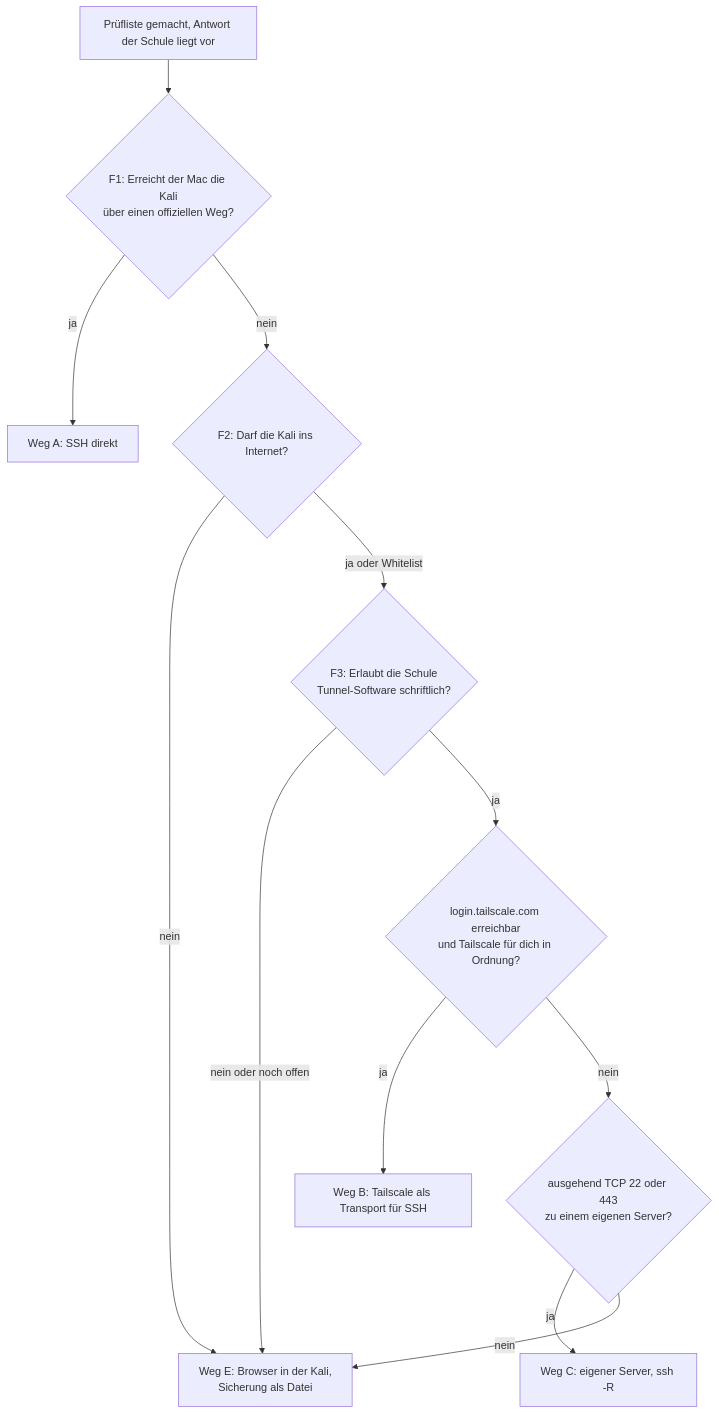
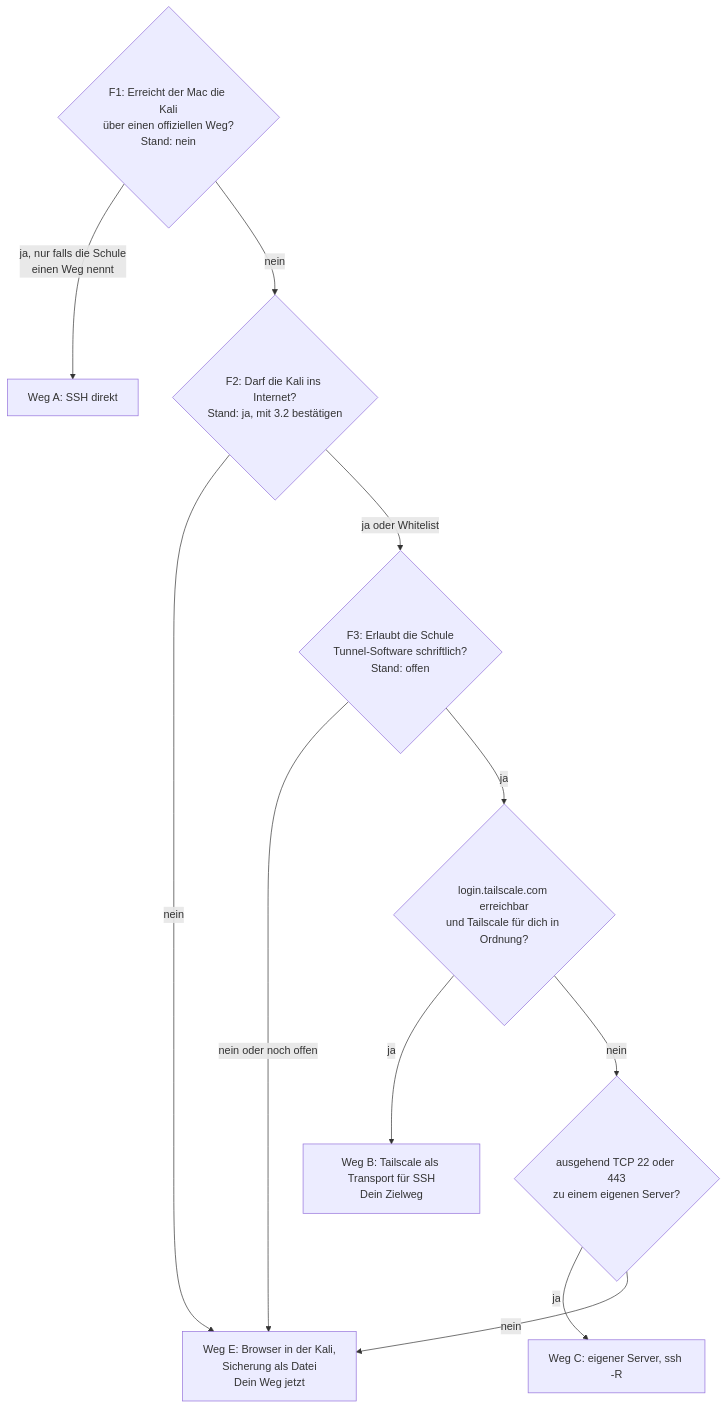
One commit to schwendolin/ariadne changed the second of 2 diagrams in docs/konzept-fernzugriff.md. Above: the diagram before and after it, drawn with Mermaid. The commit also changed other lines of this file and 7 other files, not shown here.

First line of the commit message:
WIP: Konzepte mit Seite «Auf einen Blick» (in Arbeit)

````diff
--- a/docs/konzept-fernzugriff.md
+++ b/docs/konzept-fernzugriff.md
@@ -202,14 +237,13 @@
 ```mermaid
 flowchart TD
-  ST["Prüfliste gemacht, Antwort der Schule liegt vor"] --> Q1{"F1: Erreicht der Mac die Kali<br/>über einen offiziellen Weg?"}
-  Q1 -->|ja| WA["Weg A: SSH direkt"]
-  Q1 -->|nein| Q2{"F2: Darf die Kali ins Internet?"}
-  Q2 -->|nein| WE["Weg E: Browser in der Kali,<br/>Sicherung als Datei"]
-  Q2 -->|"ja oder Whitelist"| Q3{"F3: Erlaubt die Schule<br/>Tunnel-Software schriftlich?"}
+  Q1{"F1: Erreicht der Mac die Kali<br/>über einen offiziellen Weg?<br/>Stand: nein"} -->|"ja, nur falls die Schule<br/>einen Weg nennt"| WA["Weg A: SSH direkt"]
+  Q1 -->|nein| Q2{"F2: Darf die Kali ins Internet?<br/>Stand: ja, mit 3.2 bestätigen"}
+  Q2 -->|nein| WE["Weg E: Browser in der Kali,<br/>Sicherung als Datei<br/>Dein Weg jetzt"]
+  Q2 -->|"ja oder Whitelist"| Q3{"F3: Erlaubt die Schule<br/>Tunnel-Software schriftlich?<br/>Stand: offen"}
   Q3 -->|"nein oder noch offen"| WE
   Q3 -->|ja| Q4{"login.tailscale.com erreichbar<br/>und Tailscale für dich in Ordnung?"}
-  Q4 -->|ja| WB["Weg B: Tailscale als Transport für SSH"]
+  Q4 -->|ja| WB["Weg B: Tailscale als Transport für SSH<br/>Dein Zielweg"]
   Q4 -->|nein| Q5{"ausgehend TCP 22 oder 443<br/>zu einem eigenen Server?"}
   Q5 -->|ja| WC["Weg C: eigener Server, ssh -R"]
   Q5 -->|nein| WE
 ```
````
